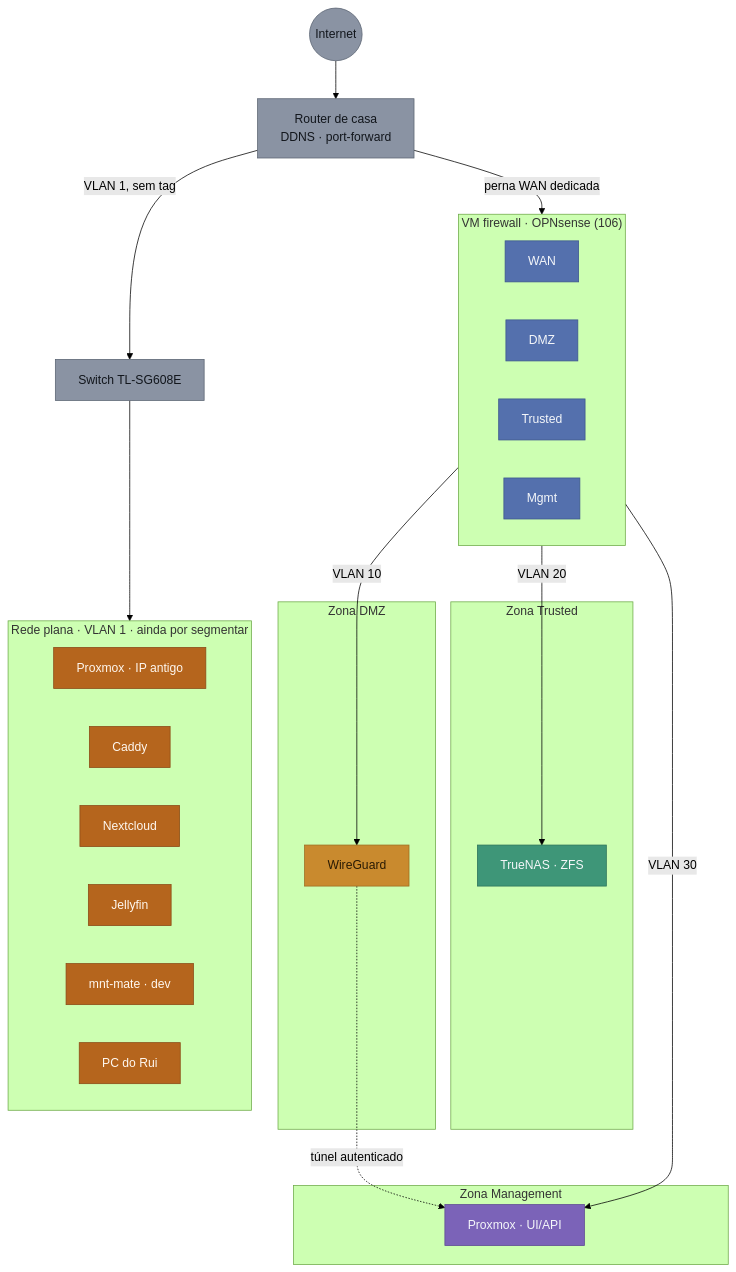
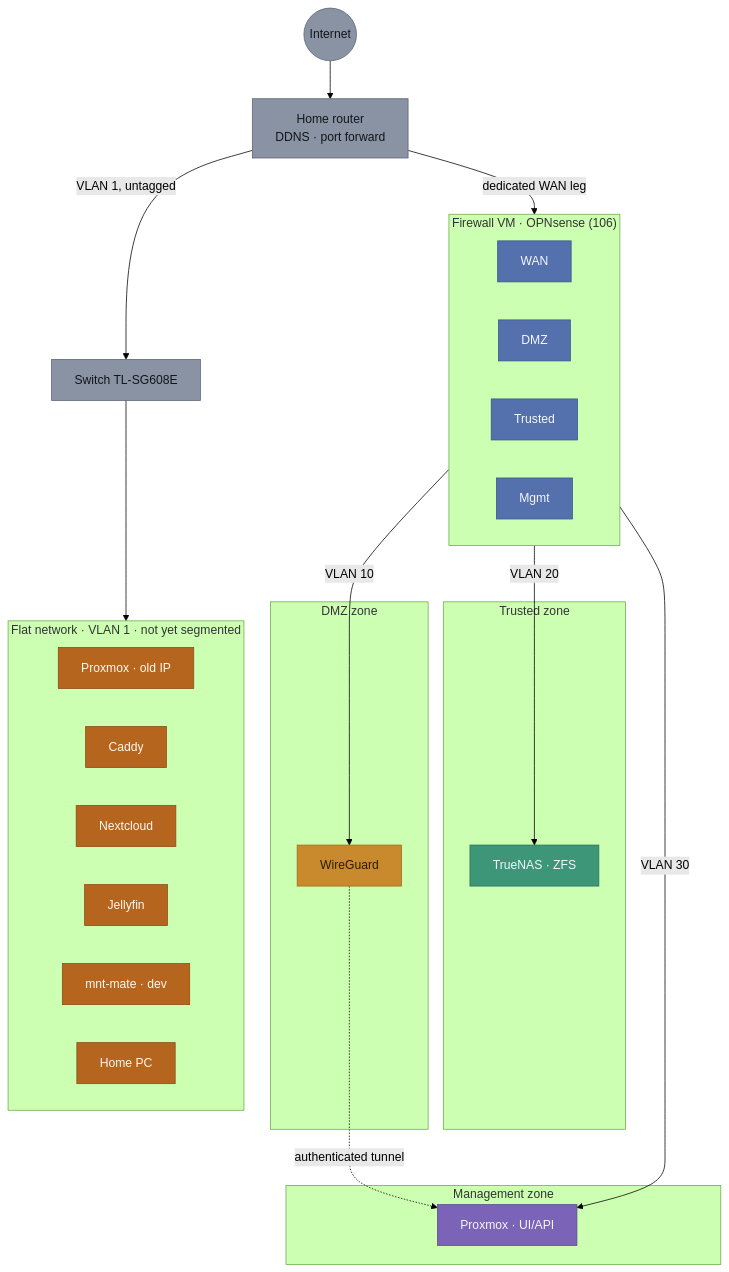
Before and after one commit to RuiGRMargarido/homelab: the first of 5 diagrams in docs/NETWORK.md, drawn with Mermaid (forest theme). The commit also changed other lines of this file and 1 other file, not shown here.

First line of the commit message:
Traduz NETWORK.md e o diagrama de topologia fisica

````diff
--- a/docs/NETWORK.md
+++ b/docs/NETWORK.md
@@ -15,54 +15,54 @@
 ```mermaid
 flowchart TB
     INT(("Internet")):::neut
-    ROUTER["Router de casa<br/>DDNS · port-forward"]:::neut
+    ROUTER["Home router<br/>DDNS · port forward"]:::neut
     INT --> ROUTER
 
     SW["Switch TL-SG608E"]:::neut
-    ROUTER -- "VLAN 1, sem tag" --> SW
-    ROUTER -- "perna WAN dedicada" --> FWWAN
+    ROUTER -- "VLAN 1, untagged" --> SW
+    ROUTER -- "dedicated WAN leg" --> FWWAN
 
-    subgraph FLAT["Rede plana · VLAN 1 · ainda por segmentar"]
-        PVEA["Proxmox · IP antigo"]:::flat
+    subgraph FLAT["Flat network · VLAN 1 · not yet segmented"]
+        PVEA["Proxmox · old IP"]:::flat
         CADDY["Caddy"]:::flat
         NC["Nextcloud"]:::flat
         JF["Jellyfin"]:::flat
         MNT["mnt-mate · dev"]:::flat
-        PC["PC do Rui"]:::flat
+        PC["Home PC"]:::flat
     end
 
     SW --> FLAT
 
-    subgraph FW["VM firewall · OPNsense (106)"]
+    subgraph FW["Firewall VM · OPNsense (106)"]
         direction LR
         FWWAN["WAN"]:::fw
         FWDMZ["DMZ"]:::fw
         FWTRU["Trusted"]:::fw
         FWMGM["Mgmt"]:::fw
     end
 
     FWDMZ -- "VLAN 10" --> WG
     FWTRU -- "VLAN 20" --> TN
     FWMGM -- "VLAN 30" --> PVEB
 
-    subgraph DMZ["Zona DMZ"]
+    subgraph DMZ["DMZ zone"]
         WG["WireGuard"]:::dmz
     end
 
-    subgraph TRUSTED["Zona Trusted"]
+    subgraph TRUSTED["Trusted zone"]
         TN["TrueNAS · ZFS"]:::tru
     end
 
-    subgraph MGMT["Zona Management"]
+    subgraph MGMT["Management zone"]
         PVEB["Proxmox · UI/API"]:::mgmt
     end
 
-    WG -. "túnel autenticado" .-> PVEB
+    WG -. "authenticated tunnel" .-> PVEB
 
     classDef neut fill:#8A93A3,stroke:#5B6472,color:#12161C
     classDef flat fill:#B5651D,stroke:#8A4A15,color:#FFF8F0
     classDef fw fill:#5470AD,stroke:#3C568C,color:#F5F7FA
     classDef dmz fill:#C98A2E,stroke:#9C6B1F,color:#2A1B04
     classDef mgmt fill:#7B63B8,stroke:#5E4A93,color:#F5F7FA
     classDef tru fill:#3E9678,stroke:#2C7259,color:#F5F7FA
 ```
````
